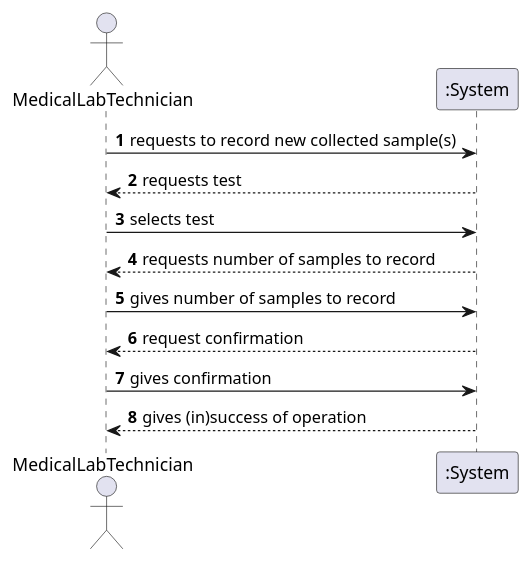
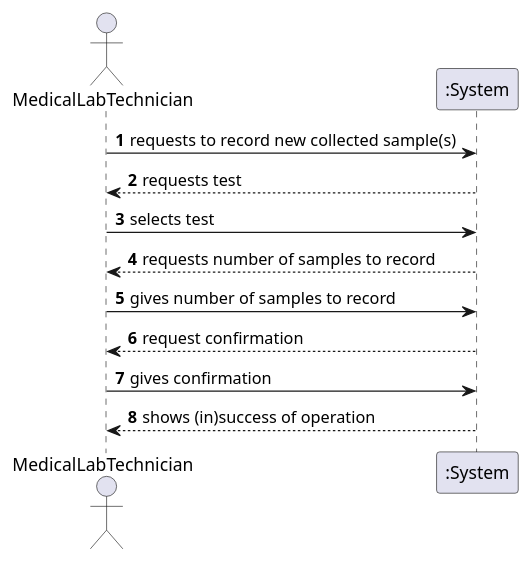
The diagram in docs/SprintC/US5/US5_SSD.puml (MadDinosaur/ISEP-LAPR2), drawn with PlantUML before and after one commit. The commit also changed 2 other files, not shown here.

```diff
--- a/docs/SprintC/US5/US5_SSD.puml
+++ b/docs/SprintC/US5/US5_SSD.puml
@@ -1,16 +1,16 @@
 @startuml
 
 autonumber
 
 actor MedicalLabTechnician as mlt
 participant ":System" as sys
 mlt -> sys: requests to record new collected sample(s)
 sys --> mlt: requests test
 mlt -> sys: selects test
 sys --> mlt: requests number of samples to record
 mlt -> sys: gives number of samples to record
 sys --> mlt: request confirmation
 mlt -> sys: gives confirmation
-sys --> mlt: gives (in)success of operation
+sys --> mlt: shows (in)success of operation
 
 @enduml
```
